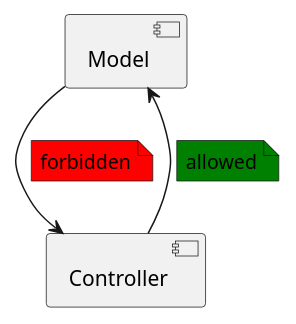
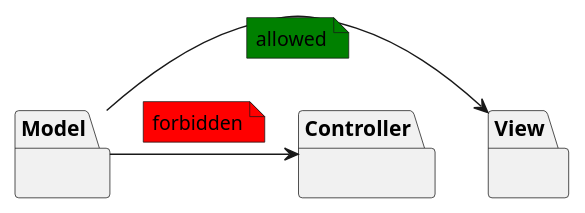
The diagram in documentation/docs/diagrams/namespace_access.puml (fgather/ArchUnitNET-1), drawn with PlantUML before and after one commit. The commit also changed 1 other file, not shown here.

Commit message:
add class dependency diagram, update namespace dependency

```diff
--- a/documentation/docs/diagrams/namespace_access.puml
+++ b/documentation/docs/diagrams/namespace_access.puml
@@ -1,8 +1,9 @@
 @startuml
-[Model]
-[Controller] 
-[Model] --> [Controller]
-note left on link #red: forbidden
-[Controller] --> [Model]
+namespace Model {}
+namespace Controller {}
+namespace View {}
+View <-l- Model
 note on link #green: allowed
+Model -r-> Controller
+note on link #red: forbidden
 @enduml
```
